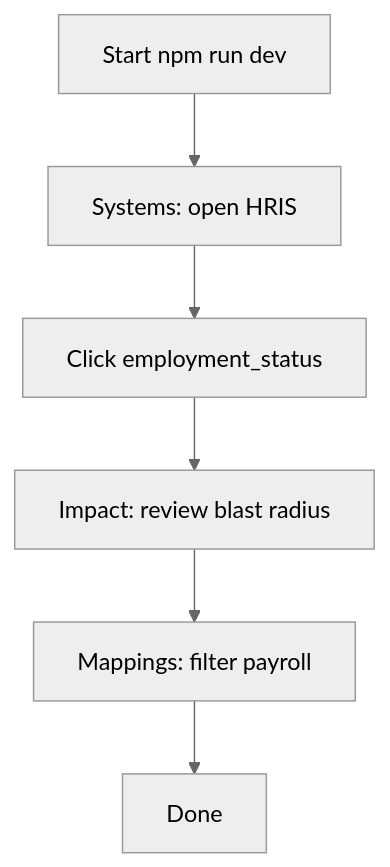
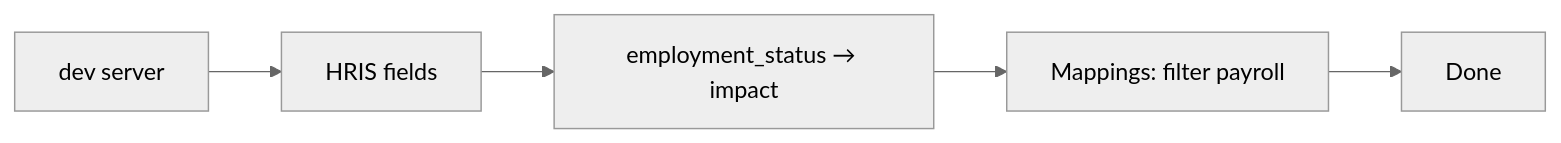
One commit to jah-guide/sourcemap changed the diagram in docs/09-acceptance-tests.md. Above: the diagram before and after it, drawn with Mermaid (neutral theme). The commit also changed other lines of this file and 3 other files, not shown here.

Commit message:
docs: simplify sequence flows and tighten traceability wording

````diff
--- a/docs/09-acceptance-tests.md
+++ b/docs/09-acceptance-tests.md
@@ -32,8 +32,7 @@
 ```mermaid
-flowchart TD
-  A[Start npm run dev] --> B[Systems: open HRIS]
-  B --> C[Click employment_status]
-  C --> D[Impact: review blast radius]
-  D --> E[Mappings: filter payroll]
-  E --> F[Done]
+flowchart LR
+  A[dev server] --> B[HRIS fields]
+  B --> C[employment_status → impact]
+  C --> D[Mappings: filter payroll]
+  D --> E[Done]
 ```
````
